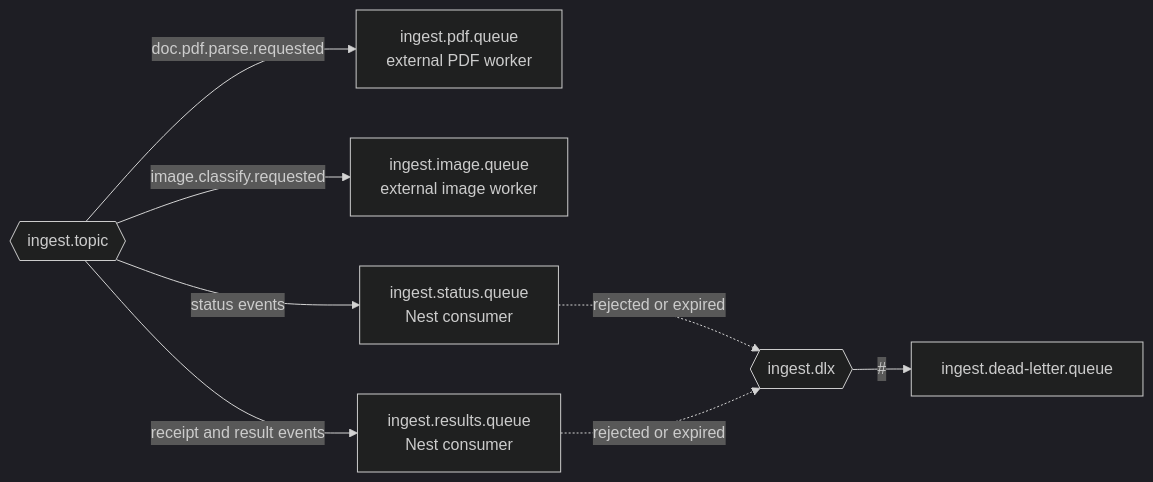
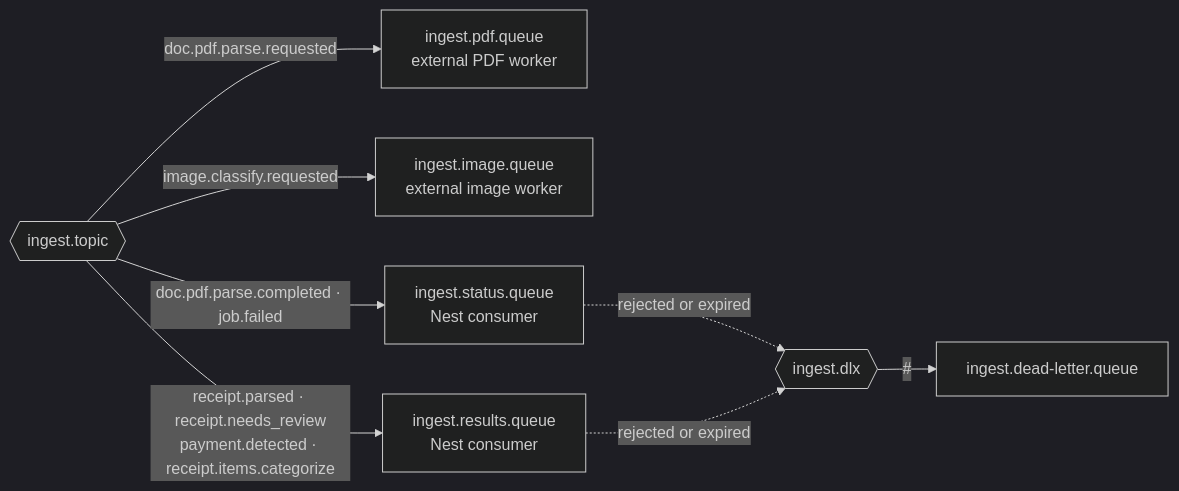
The diagram in docs/architecture.md (dunglucbac/rag-chatbot), drawn with Mermaid (dark theme) before and after one commit. The commit also changed other lines of this file and 53 other files, not shown here.

````diff
--- a/docs/architecture.md
+++ b/docs/architecture.md
@@ -207,18 +211,18 @@
 ```mermaid
 flowchart LR
     EX{{ingest.topic}}
     PDF[ingest.pdf.queue<br/>external PDF worker]
     IMAGE[ingest.image.queue<br/>external image worker]
     STATUS[ingest.status.queue<br/>Nest consumer]
     RESULTS[ingest.results.queue<br/>Nest consumer]
     DLX{{ingest.dlx}}
     DLQ[ingest.dead-letter.queue]
 
     EX -->|doc.pdf.parse.requested| PDF
     EX -->|image.classify.requested| IMAGE
-    EX -->|status events| STATUS
-    EX -->|receipt and result events| RESULTS
+    EX -->|doc.pdf.parse.completed · job.failed| STATUS
+    EX -->|receipt.parsed · receipt.needs_review<br/>payment.detected · receipt.items.categorize| RESULTS
     STATUS -. rejected or expired .-> DLX
     RESULTS -. rejected or expired .-> DLX
     DLX -->|#| DLQ
 ```
````
